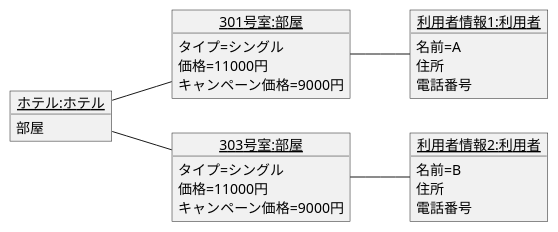
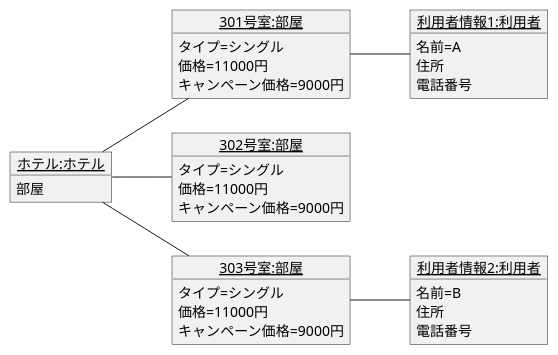
The diagram in 演習3-5_OBJ_ホテル宿泊予約.pu (Tackey-11/uml-intro), drawn with PlantUML before and after one commit. The commit also changed 1 other file, not shown here.

```diff
--- a/演習3-5_OBJ_ホテル宿泊予約.pu
+++ b/演習3-5_OBJ_ホテル宿泊予約.pu
@@ -1,43 +1,50 @@
 @startuml 演習3-5オブジェクト図
 left to right direction
 object "<u>利用者情報1:利用者</u>" as case1_1{
     名前=A
     住所
     電話番号
 }
 
 
 object "<u>301号室:部屋</u>" as case1_2 {
     タイプ=シングル
     価格=11000円
     キャンペーン価格=9000円
 }
 
+object "<u>302号室:部屋</u>" as case{
+    タイプ=シングル
+    価格=11000円
+    キャンペーン価格=9000円
+}
 
 object "<u>利用者情報2:利用者</u>" as case2_1{
     名前=B
     住所
     電話番号
 }
 
 
 object "<u>303号室:部屋</u>" as case2_2 {
     タイプ=シングル
     価格=11000円
     キャンペーン価格=9000円
 }
 
 
 
 object "<u>ホテル:ホテル</u>" as case3 {
     部屋
 }
 
 case3 -- case1_2
 case3 -- case2_2
 
+case3 -- case
+
 case1_2 -- case1_1
 case2_2 -- case2_1
 
 
 @enduml
```
